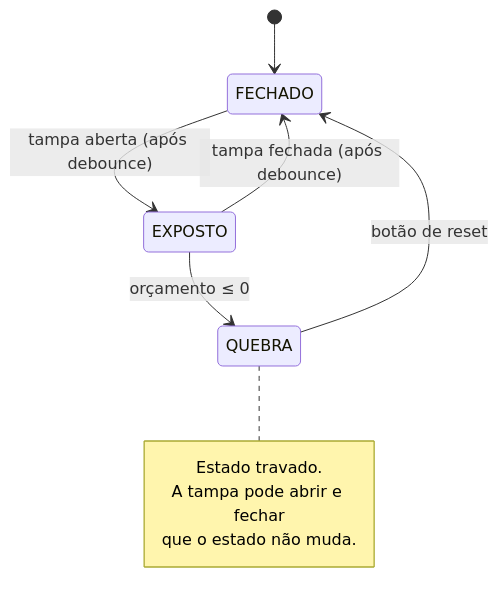
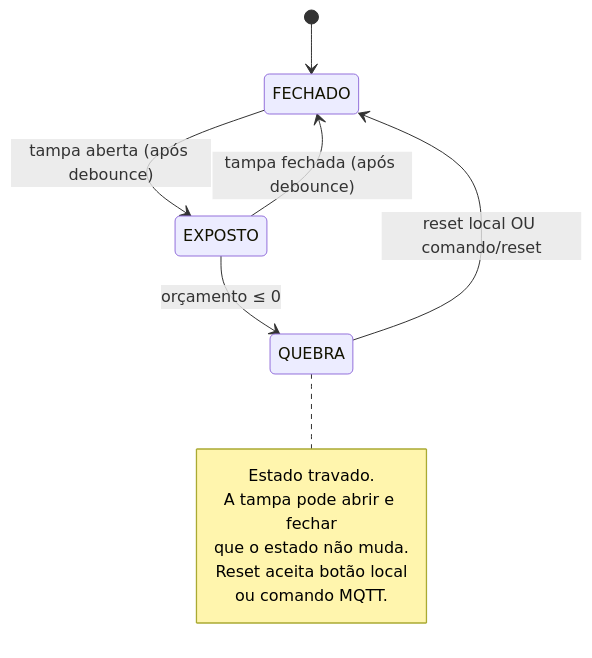
The second of 2 diagrams in docs/arquitetura-inicial.md (VictorKunzz/sentinela-cadeia-fria), drawn with Mermaid before and after one commit. The commit also changed other lines of this file and 4 other files, not shown here.

````diff
--- a/docs/arquitetura-inicial.md
+++ b/docs/arquitetura-inicial.md
@@ -39,13 +47,15 @@
 ```mermaid
 stateDiagram-v2
     [*] --> FECHADO
     FECHADO --> EXPOSTO: tampa aberta (após debounce)
     EXPOSTO --> FECHADO: tampa fechada (após debounce)
     EXPOSTO --> QUEBRA: orçamento ≤ 0
-    QUEBRA --> FECHADO: botão de reset
+    QUEBRA --> FECHADO: reset local OU comando/reset
     note right of QUEBRA
         Estado travado.
         A tampa pode abrir e fechar
         que o estado não muda.
+        Reset aceita botão local
+        ou comando MQTT.
     end note
 ```
````
